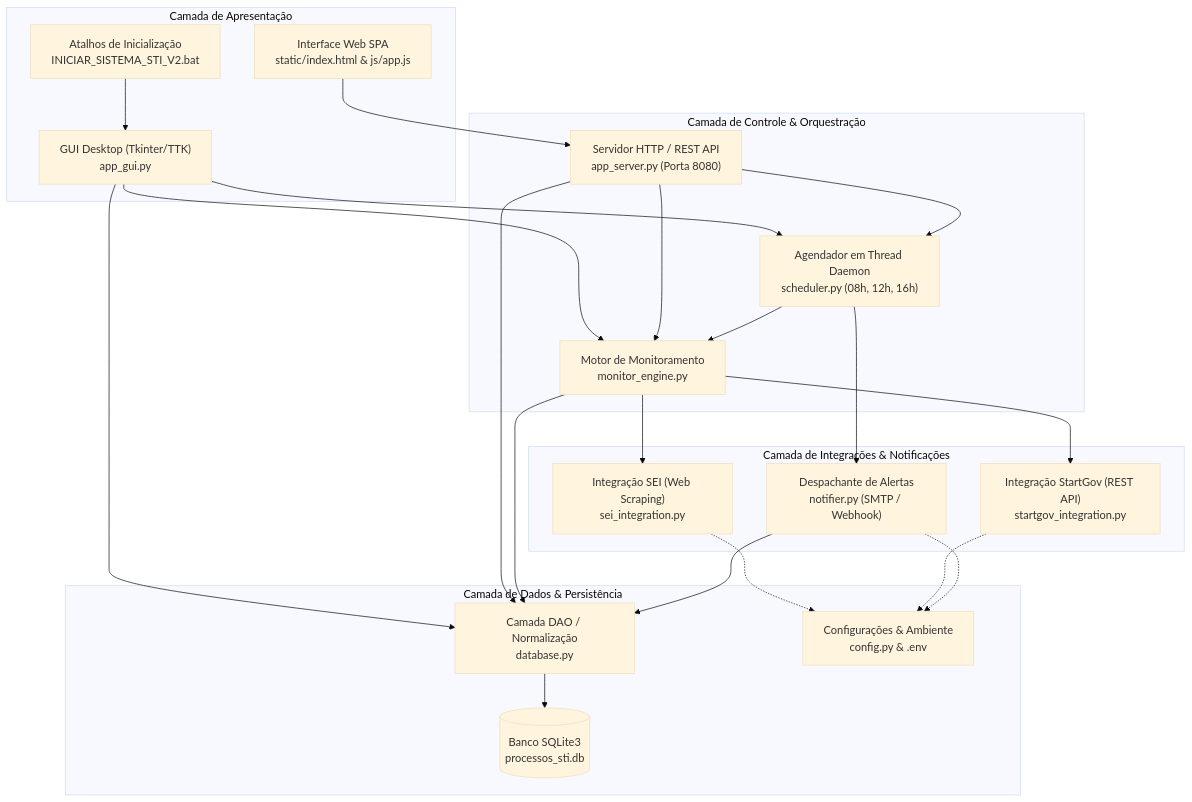
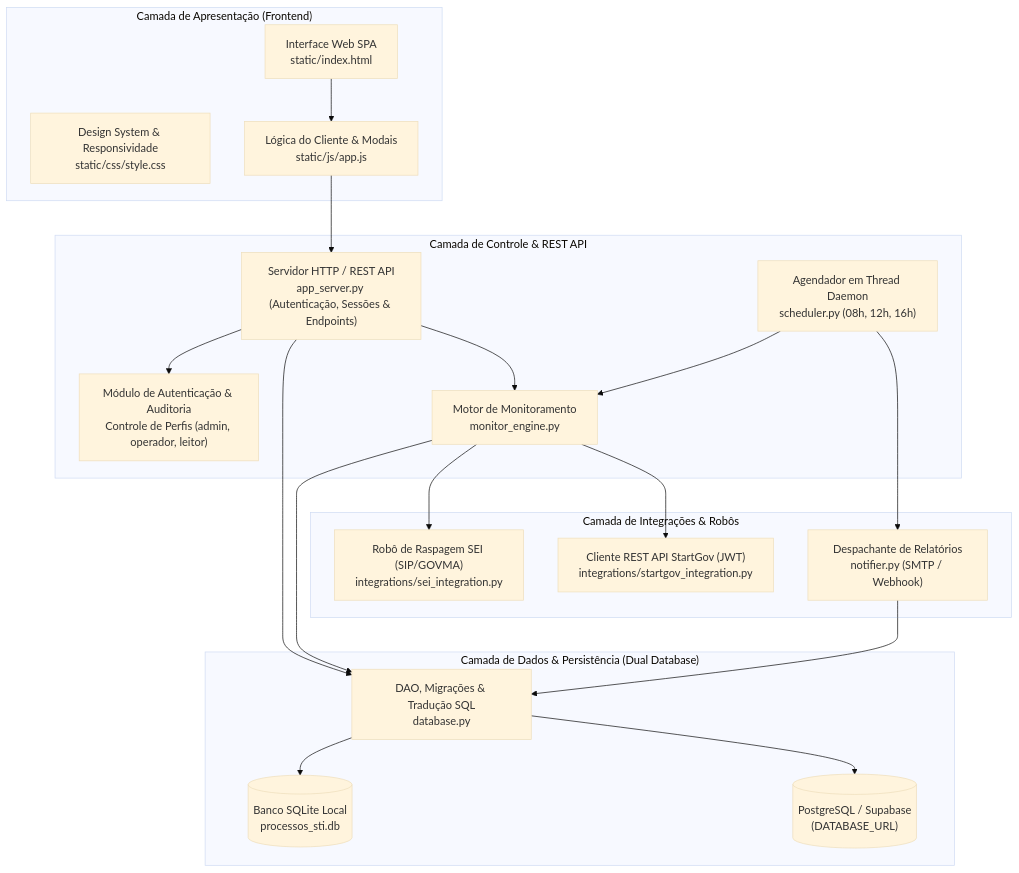
One commit to SJuniorD3/gestao-processos-sti changed the diagram in DOCUMENTACAO_DESENVOLVIMENTO.md. Above: the diagram before and after it, drawn with Mermaid (base theme). The commit also changed other lines of this file and 4 other files, not shown here.

Commit message:
docs: atualiza documentacao tecnica, regras de negocio e banco de dados para a v3.0

````diff
--- a/DOCUMENTACAO_DESENVOLVIMENTO.md
+++ b/DOCUMENTACAO_DESENVOLVIMENTO.md
@@ -28,48 +28,41 @@
 ```mermaid
 graph TD
-    subgraph Apresentacao ["Camada de Apresentação"]
-        GUI["GUI Desktop (Tkinter/TTK)<br/>app_gui.py"]
-        WEB["Interface Web SPA<br/>static/index.html & js/app.js"]
-        SHORTCUT["Atalhos de Inicialização<br/>INICIAR_SISTEMA_STI_V2.bat"]
+    subgraph Apresentacao ["Camada de Apresentação (Frontend)"]
+        WEB["Interface Web SPA<br/>static/index.html"]
+        CSS["Design System & Responsividade<br/>static/css/style.css"]
+        JS["Lógica do Cliente & Modais<br/>static/js/app.js"]
     end
 
-    subgraph Orquestracao ["Camada de Controle & Orquestração"]
+    subgraph Controle ["Camada de Controle & REST API"]
+        SERVER["Servidor HTTP / REST API<br/>app_server.py (Autenticação, Sessões & Endpoints)"]
+        AUTH["Módulo de Autenticação & Auditoria<br/>Controle de Perfis (admin, operador, leitor)"]
         SCHED["Agendador em Thread Daemon<br/>scheduler.py (08h, 12h, 16h)"]
         ENGINE["Motor de Monitoramento<br/>monitor_engine.py"]
-        SERVER["Servidor HTTP / REST API<br/>app_server.py (Porta 8080)"]
     end
 
-    subgraph Integracao ["Camada de Integrações & Notificações"]
-        SEI["Integração SEI (Web Scraping)<br/>sei_integration.py"]
-        START["Integração StartGov (REST API)<br/>startgov_integration.py"]
-        NOTIF["Despachante de Alertas<br/>notifier.py (SMTP / Webhook)"]
+    subgraph Integracao ["Camada de Integrações & Robôs"]
+        SEI["Robô de Raspagem SEI (SIP/GOVMA)<br/>integrations/sei_integration.py"]
+        START["Cliente REST API StartGov (JWT)<br/>integrations/startgov_integration.py"]
+        NOTIF["Despachante de Relatórios<br/>notifier.py (SMTP / Webhook)"]
     end
 
-    subgraph Persistencia ["Camada de Dados & Persistência"]
-        DB_MOD["Camada DAO / Normalização<br/>database.py"]
-        SQLITE[("Banco SQLite3<br/>processos_sti.db")]
-        CONFIG["Configurações & Ambiente<br/>config.py & .env"]
+    subgraph Persistencia ["Camada de Dados & Persistência (Dual Database)"]
+        DB_MOD["DAO, Migrações & Tradução SQL<br/>database.py"]
+        SQLITE[("Banco SQLite Local<br/>processos_sti.db")]
+        PG[("PostgreSQL / Supabase<br/>(DATABASE_URL)")]
     end
 
-    SHORTCUT --> GUI
-    GUI --> DB_MOD
-    GUI --> ENGINE
-    GUI --> SCHED
-
+    WEB --> JS
+    JS --> SERVER
+    SERVER --> AUTH
     SERVER --> DB_MOD
     SERVER --> ENGINE
-    SERVER --> SCHED
-    WEB --> SERVER
-
     SCHED --> ENGINE
     SCHED --> NOTIF
     ENGINE --> SEI
     ENGINE --> START
     ENGINE --> DB_MOD
     NOTIF --> DB_MOD
-
     DB_MOD --> SQLITE
-    SEI -.-> CONFIG
-    START -.-> CONFIG
-    NOTIF -.-> CONFIG
+    DB_MOD --> PG
 ```
````
